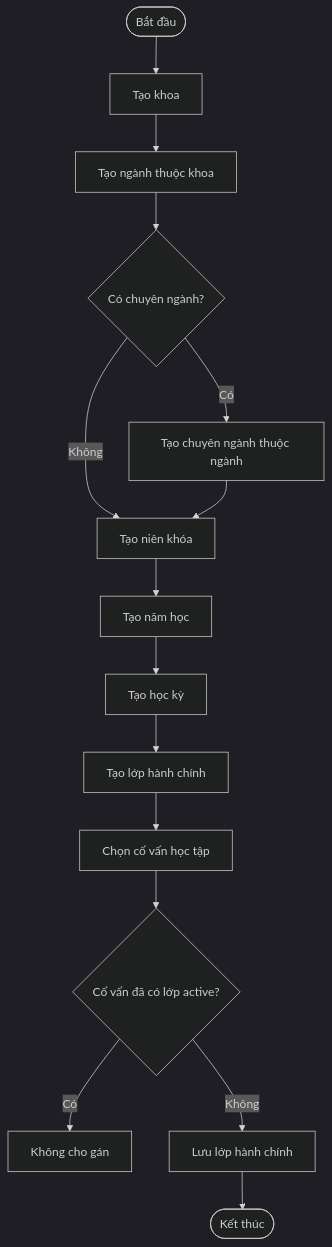
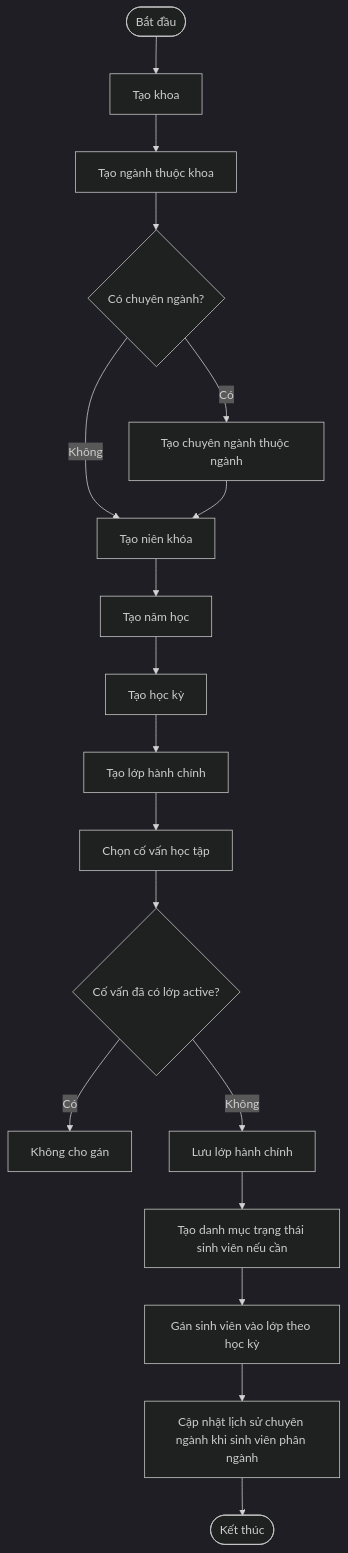
Diagram 15 of 30 in backend/docs/20260529_chapter2_system_analysis_design.md (NguyenThoNgocIT/ems_educations), drawn with Mermaid (dark theme) before and after one commit. The commit also changed other lines of this file and 1 other file, not shown here.

````diff
--- a/backend/docs/20260529_chapter2_system_analysis_design.md
+++ b/backend/docs/20260529_chapter2_system_analysis_design.md
@@ -554,17 +869,20 @@
 ```mermaid
 flowchart TD
     Start([Bắt đầu]) --> Dept["Tạo khoa"]
     Dept --> Major["Tạo ngành thuộc khoa"]
     Major --> Spec{"Có chuyên ngành?"}
     Spec -- Có --> CreateSpec["Tạo chuyên ngành thuộc ngành"]
     Spec -- Không --> Cohort["Tạo niên khóa"]
     CreateSpec --> Cohort
     Cohort --> SchoolYear["Tạo năm học"]
     SchoolYear --> Semester["Tạo học kỳ"]
     Semester --> Class["Tạo lớp hành chính"]
     Class --> Advisor["Chọn cố vấn học tập"]
     Advisor --> Validate{"Cố vấn đã có lớp active?"}
     Validate -- Có --> Error["Không cho gán"]
     Validate -- Không --> Save["Lưu lớp hành chính"]
-    Save --> End([Kết thúc])
+    Save --> Status["Tạo danh mục trạng thái sinh viên nếu cần"]
+    Status --> StudentClass["Gán sinh viên vào lớp theo học kỳ"]
+    StudentClass --> Specialization["Cập nhật lịch sử chuyên ngành khi sinh viên phân ngành"]
+    Specialization --> End([Kết thúc])
 ```
````
